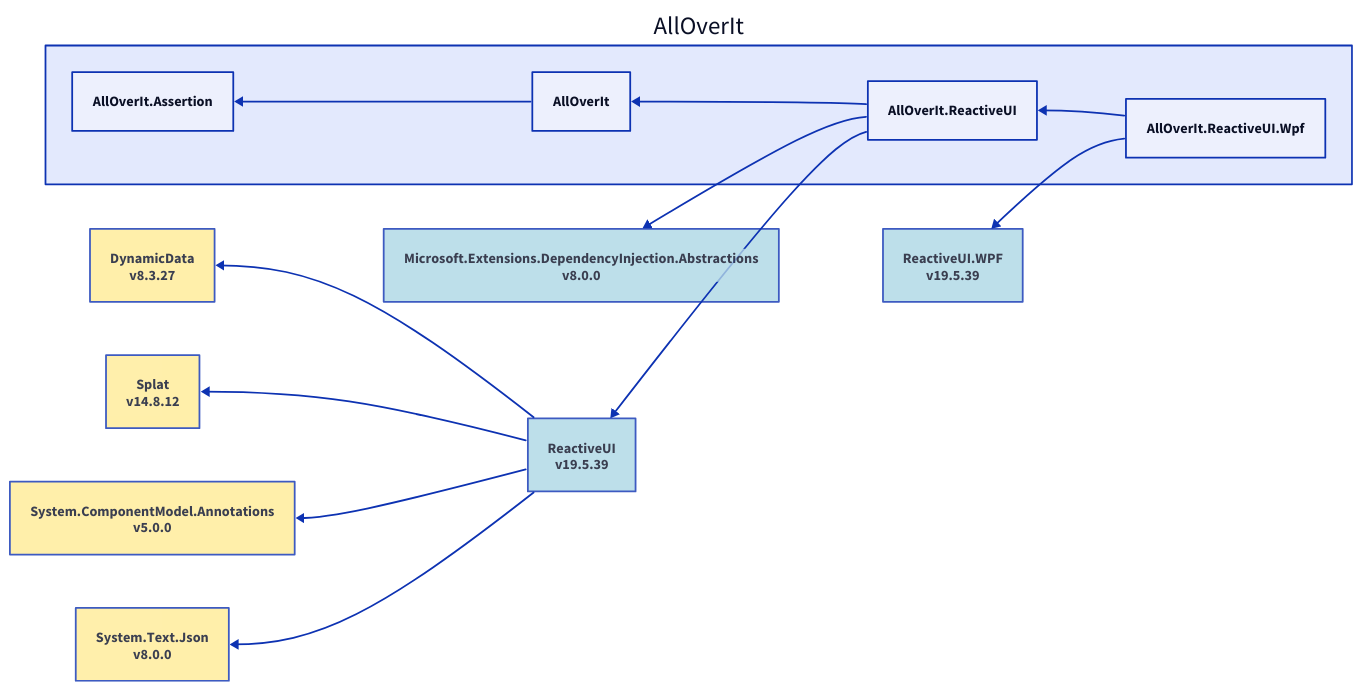
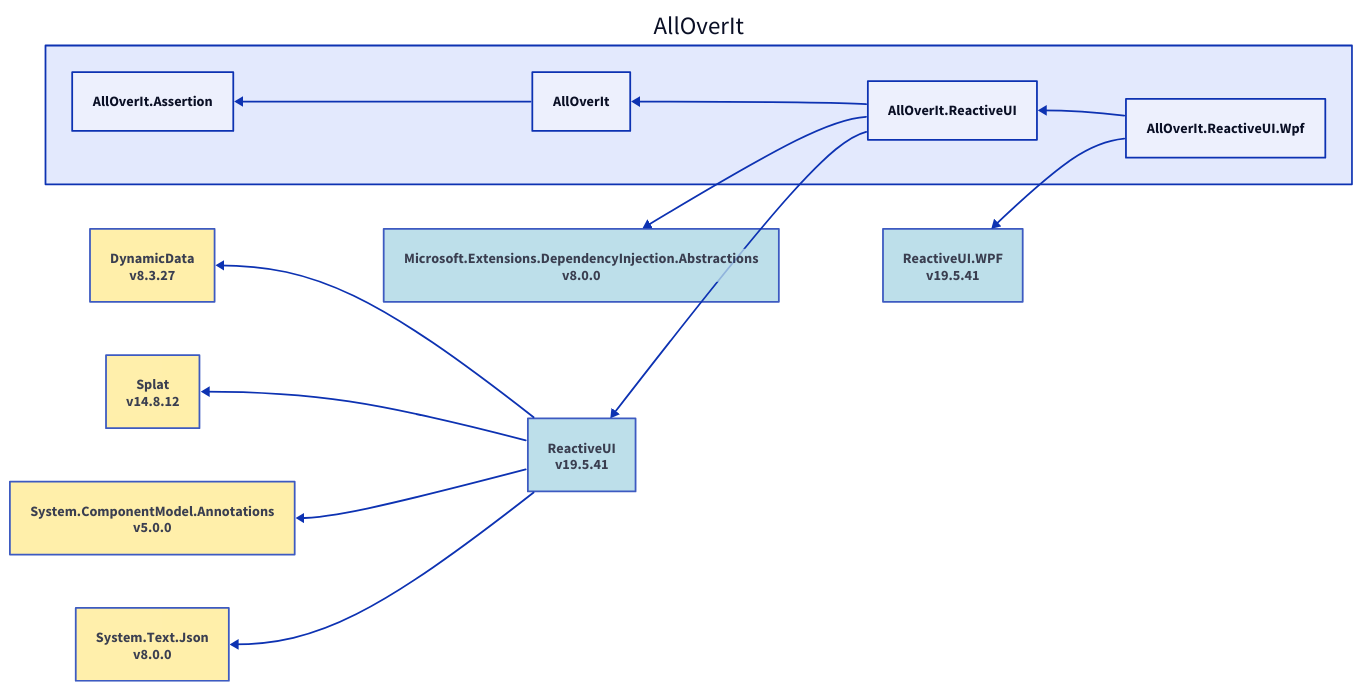
One commit to mjfreelancing/AllOverIt changed the diagram in Docs/Reference/Content/images/dependencies/net6.0/alloverit-reactiveui-wpf.d2. Above: the diagram before and after it, drawn with D2. The commit also changed 144 other files, not shown here.

```diff
--- a/Docs/Reference/Content/images/dependencies/net6.0/alloverit-reactiveui-wpf.d2
+++ b/Docs/Reference/Content/images/dependencies/net6.0/alloverit-reactiveui-wpf.d2
@@ -1,38 +1,38 @@
 direction: left
 
 aoi: AllOverIt
 aoi.alloverit-reactiveui-wpf: AllOverIt.ReactiveUI.Wpf
-reactiveui-wpf_19-5-39: ReactiveUI.WPF\nv19.5.39
-reactiveui-wpf_19-5-39.style.fill: "#ADD8E6"
-reactiveui-wpf_19-5-39.style.opacity: 0.8
-reactiveui-wpf_19-5-39 <- aoi.alloverit-reactiveui-wpf
+reactiveui-wpf_19-5-41: ReactiveUI.WPF\nv19.5.41
+reactiveui-wpf_19-5-41.style.fill: "#ADD8E6"
+reactiveui-wpf_19-5-41.style.opacity: 0.8
+reactiveui-wpf_19-5-41 <- aoi.alloverit-reactiveui-wpf
 aoi.alloverit-reactiveui: AllOverIt.ReactiveUI
 microsoft-extensions-dependencyinjection-abstractions_8-0-0: Microsoft.Extensions.DependencyInjection.Abstractions\nv8.0.0
 microsoft-extensions-dependencyinjection-abstractions_8-0-0.style.fill: "#ADD8E6"
 microsoft-extensions-dependencyinjection-abstractions_8-0-0.style.opacity: 0.8
 microsoft-extensions-dependencyinjection-abstractions_8-0-0 <- aoi.alloverit-reactiveui
-reactiveui_19-5-39: ReactiveUI\nv19.5.39
-reactiveui_19-5-39.style.fill: "#ADD8E6"
-reactiveui_19-5-39.style.opacity: 0.8
+reactiveui_19-5-41: ReactiveUI\nv19.5.41
+reactiveui_19-5-41.style.fill: "#ADD8E6"
+reactiveui_19-5-41.style.opacity: 0.8
 dynamicdata_8-3-27: DynamicData\nv8.3.27
 dynamicdata_8-3-27.style.fill: "#FFEC96"
 dynamicdata_8-3-27.style.opacity: 0.8
-dynamicdata_8-3-27 <- reactiveui_19-5-39
+dynamicdata_8-3-27 <- reactiveui_19-5-41
 splat_14-8-12: Splat\nv14.8.12
 splat_14-8-12.style.fill: "#FFEC96"
 splat_14-8-12.style.opacity: 0.8
-splat_14-8-12 <- reactiveui_19-5-39
+splat_14-8-12 <- reactiveui_19-5-41
 system-componentmodel-annotations_5-0-0: System.ComponentModel.Annotations\nv5.0.0
 system-componentmodel-annotations_5-0-0.style.fill: "#FFEC96"
 system-componentmodel-annotations_5-0-0.style.opacity: 0.8
-system-componentmodel-annotations_5-0-0 <- reactiveui_19-5-39
+system-componentmodel-annotations_5-0-0 <- reactiveui_19-5-41
 system-text-json_8-0-0: System.Text.Json\nv8.0.0
 system-text-json_8-0-0.style.fill: "#FFEC96"
 system-text-json_8-0-0.style.opacity: 0.8
-system-text-json_8-0-0 <- reactiveui_19-5-39
-reactiveui_19-5-39 <- aoi.alloverit-reactiveui
+system-text-json_8-0-0 <- reactiveui_19-5-41
+reactiveui_19-5-41 <- aoi.alloverit-reactiveui
 aoi.alloverit: AllOverIt
 aoi.alloverit-assertion: AllOverIt.Assertion
 aoi.alloverit-assertion <- aoi.alloverit
 aoi.alloverit <- aoi.alloverit-reactiveui
 aoi.alloverit-reactiveui <- aoi.alloverit-reactiveui-wpf
```
